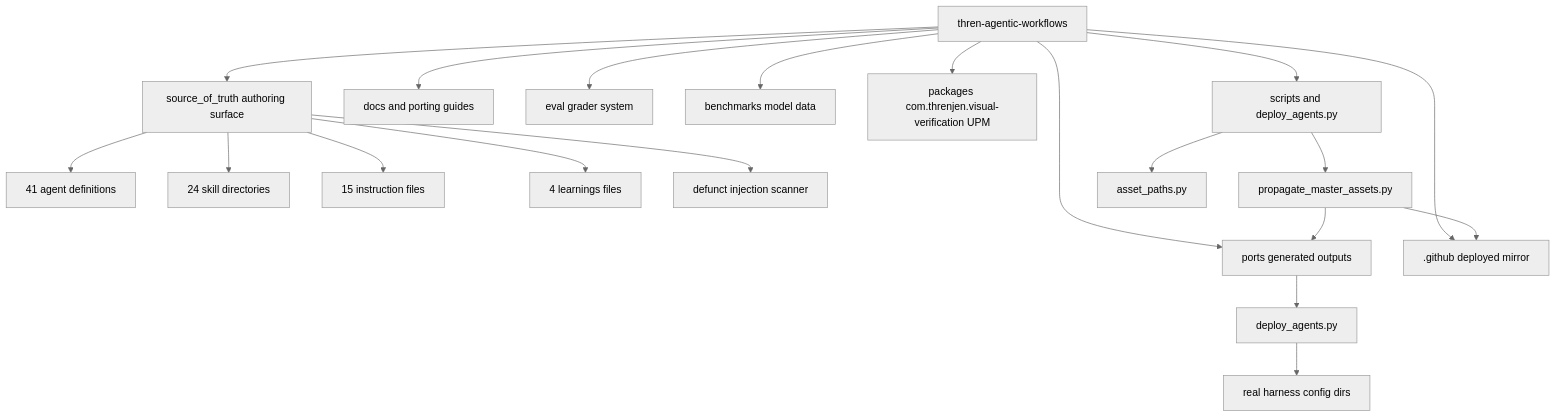
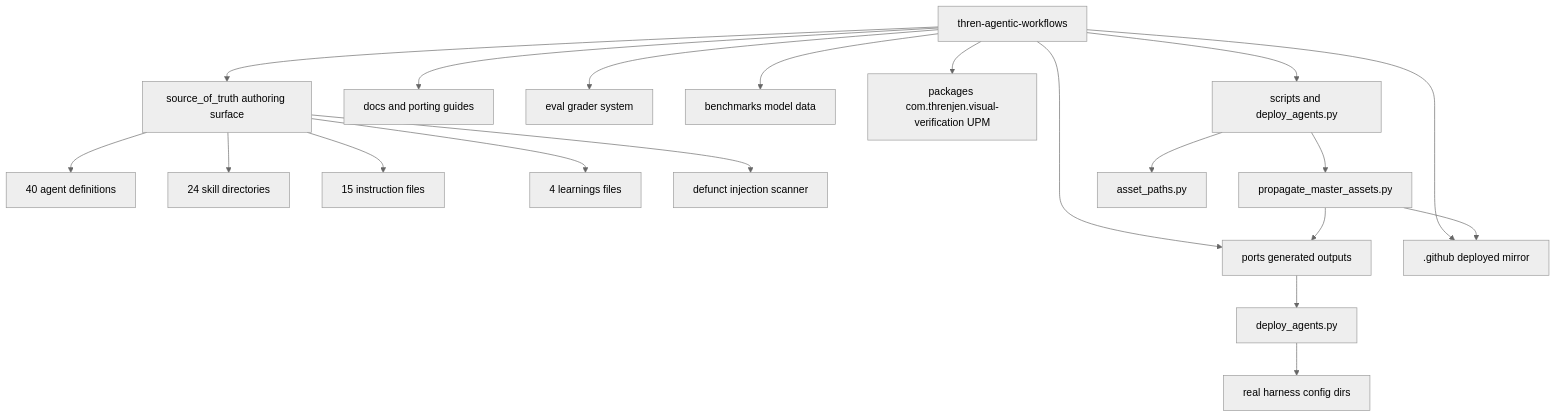
Before and after one commit to threnjen/thren-agentic-workflows: the first of 4 diagrams in docs/ARCHITECTURE.md, drawn with Mermaid (neutral theme). The commit also changed other lines of this file and 5 other files, not shown here.

````diff
--- a/docs/ARCHITECTURE.md
+++ b/docs/ARCHITECTURE.md
@@ -23,26 +23,26 @@
 ```mermaid
 flowchart TD
     Root[thren-agentic-workflows]
 
     Root --> SOT[source_of_truth authoring surface]
     Root --> Ports[ports generated outputs]
     Root --> DotGithub[.github deployed mirror]
     Root --> Docs[docs and porting guides]
     Root --> Eval[eval grader system]
     Root --> Bench[benchmarks model data]
     Root --> Pkg[packages com.threnjen.visual-verification UPM]
     Root --> Scripts[scripts and deploy_agents.py]
 
-    SOT --> Agents[41 agent definitions]
+    SOT --> Agents[40 agent definitions]
     SOT --> Skills[24 skill directories]
     SOT --> Instructions[15 instruction files]
     SOT --> Learnings[4 learnings files]
     SOT --> Hooks[defunct injection scanner]
 
     Scripts --> Propagate[propagate_master_assets.py]
     Scripts --> Shared[asset_paths.py]
     Propagate --> Ports
     Propagate --> DotGithub
     Deploy[deploy_agents.py] --> RealDirs[real harness config dirs]
     Ports --> Deploy
 ```
````
